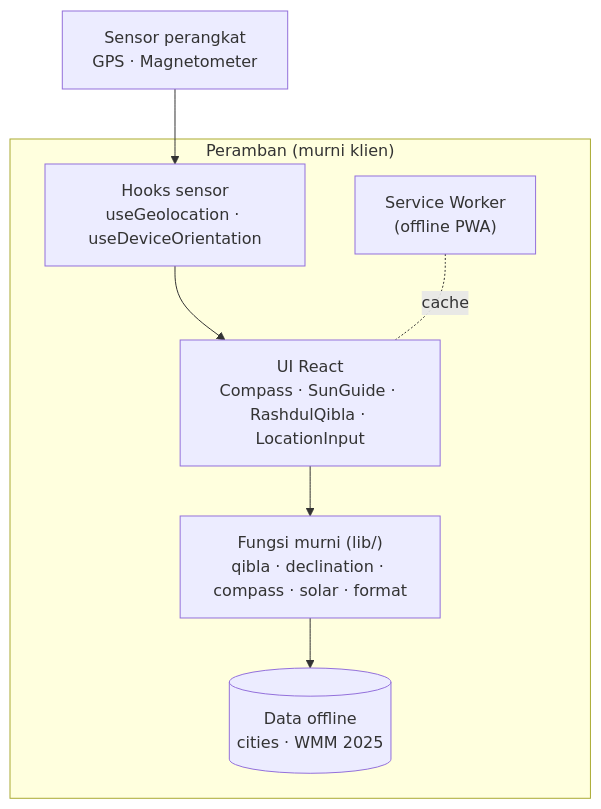
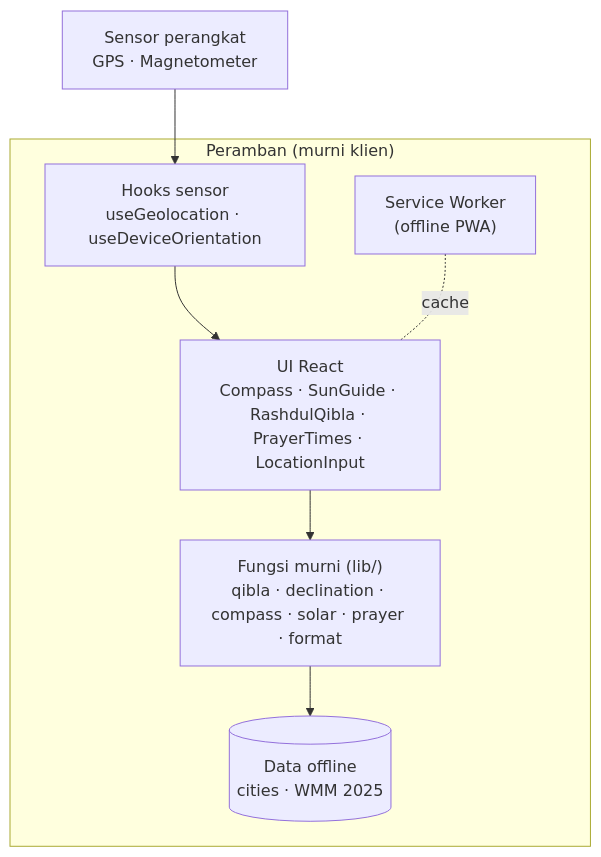
The first of 2 diagrams in README.md (riskyakbar15/ilmu-falak), drawn with Mermaid before and after one commit. The commit also changed other lines of this file, not shown here.

````diff
--- a/README.md
+++ b/README.md
@@ -94,15 +113,15 @@
 ```mermaid
 flowchart TD
     subgraph Peramban["Peramban (murni klien)"]
-        UI["UI React<br/>Compass · SunGuide · RashdulQibla · LocationInput"]
+        UI["UI React<br/>Compass · SunGuide · RashdulQibla · PrayerTimes · LocationInput"]
         Hooks["Hooks sensor<br/>useGeolocation · useDeviceOrientation"]
-        Lib["Fungsi murni (lib/)<br/>qibla · declination · compass · solar · format"]
+        Lib["Fungsi murni (lib/)<br/>qibla · declination · compass · solar · prayer · format"]
         Data[("Data offline<br/>cities · WMM 2025")]
         SW["Service Worker<br/>(offline PWA)"]
     end
     Sensor["Sensor perangkat<br/>GPS · Magnetometer"]
 
     Sensor --> Hooks --> UI
     UI --> Lib --> Data
     SW -. cache .- UI
 ```
````
